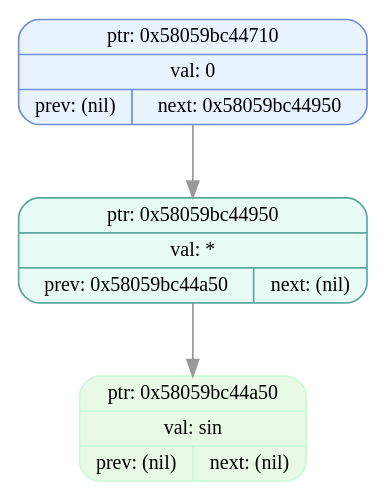
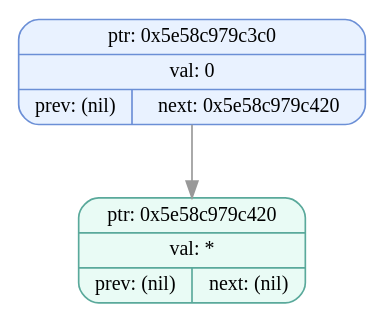
Before and after one commit to EvilTomato9890/Difference: the diagram in dumps/tree_dump_001.dot, drawn with Graphviz. The commit also changed 42 other files, not shown here.

```diff
--- a/dumps/tree_dump_001.dot
+++ b/dumps/tree_dump_001.dot
@@ -1,9 +1,7 @@
 digraph T{
   node [fontname="Fira Mono",shape=record,style="filled,rounded",fontsize=12];
   graph [splines=true, nodesep=0.6, ranksep=0.6];
-  node_0x58059bc44710[shape=record,label="{ {ptr: 0x58059bc44710} | {val: 0} | { prev: (nil) | next: 0x58059bc44950 } }",color="#6b8fd6",fillcolor="#e9f2ff"];
-  node_0x58059bc44950[shape=record,label="{ {ptr: 0x58059bc44950} | {val: *} | { prev: 0x58059bc44a50 | next: (nil) } }",color="#5aa99b",fillcolor="#e9fbf5"];
-  node_0x58059bc44a50[shape=record,label="{ {ptr: 0x58059bc44a50} | {val: sin} | { prev: (nil) | next: (nil) } }",color="#c9fbdbff",fillcolor="#e8f9e5ff"];
-  node_0x58059bc44710 -> node_0x58059bc44950 [color="#999999"];
-  node_0x58059bc44950 -> node_0x58059bc44a50 [color="#999999"];
+  node_0x5e58c979c3c0[shape=record,label="{ {ptr: 0x5e58c979c3c0} | {val: 0} | { prev: (nil) | next: 0x5e58c979c420 } }",color="#6b8fd6",fillcolor="#e9f2ff"];
+  node_0x5e58c979c420[shape=record,label="{ {ptr: 0x5e58c979c420} | {val: *} | { prev: (nil) | next: (nil) } }",color="#5aa99b",fillcolor="#e9fbf5"];
+  node_0x5e58c979c3c0 -> node_0x5e58c979c420 [color="#999999"];
 }
```
